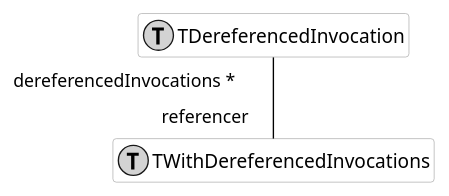
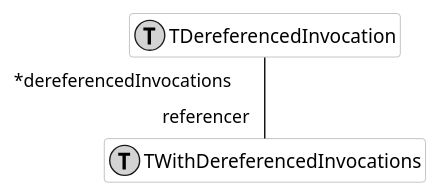
The diagram in Developers/Diagrams/derefInvok.puml (moosetechnology/moose-wiki), drawn with PlantUML before and after one commit. The commit also changed 17 other files, not shown here.

Commit message:
updated uml diagrams

```diff
--- a/Developers/Diagrams/derefInvok.puml
+++ b/Developers/Diagrams/derefInvok.puml
@@ -1,19 +1,19 @@
 @startuml
 hide empty members
 
 skinparam class {
   BackgroundColor white
   ArrowColor black
   BorderColor darkGray
 }
 
-class behavior1 as "TWithDereferencedInvocations" << (T,lightGrey) >> {
+class TDereferencedInvocation << (T,lightGrey) >> {
 }
-
-class behavior2 as "TDereferencedInvocation" << (T,lightGrey) >> {
+class TWithDereferencedInvocations << (T,lightGrey) >> {
 }
 
 
-behavior2 "dereferencedInvocations * " -[#black]- "referencer  " behavior1
+TDereferencedInvocation " *dereferencedInvocations" -- "referencer" TWithDereferencedInvocations
+
 
 @enduml
```
